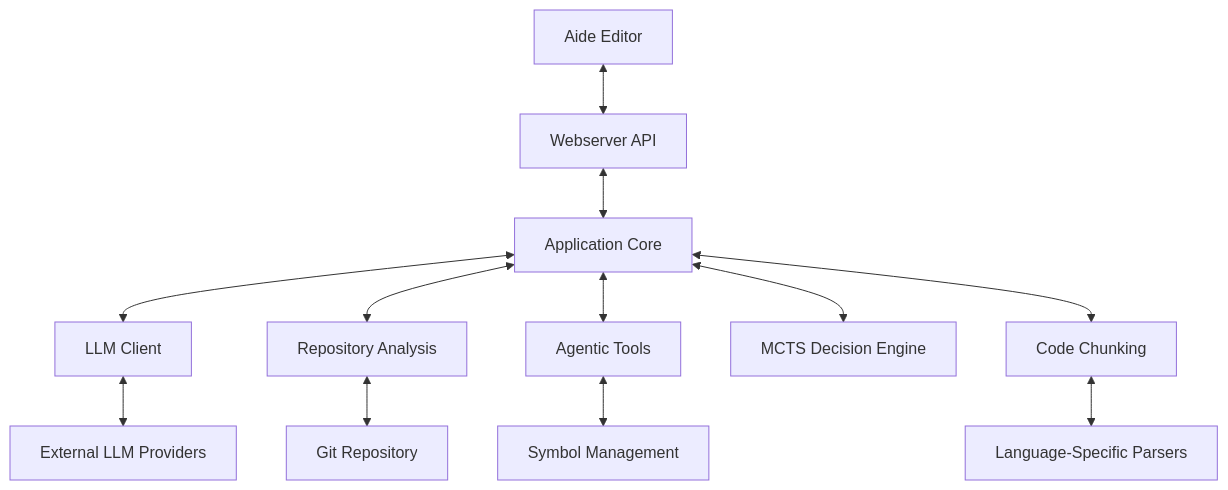
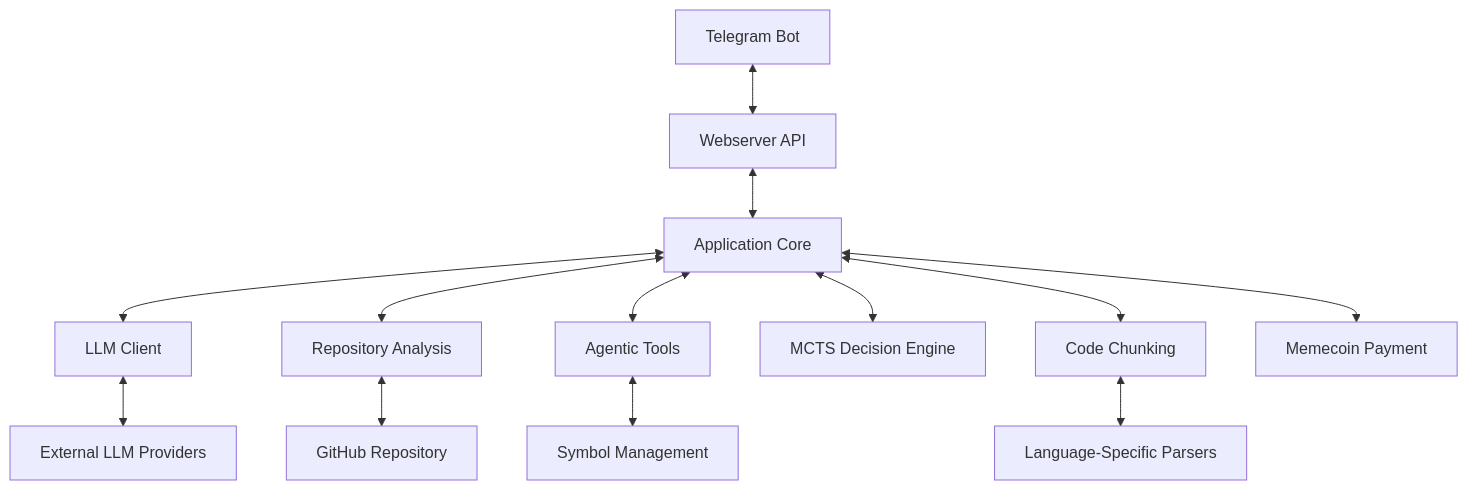
Before and after one commit to openSVM/larp: the first of 5 diagrams in README.md, drawn with Mermaid. The commit also changed other lines of this file, not shown here.

````diff
--- a/README.md
+++ b/README.md
@@ -63,14 +76,15 @@
 ```mermaid
 flowchart TD
-    A[Aide Editor] <--> B[Webserver API]
+    A[Telegram Bot] <--> B[Webserver API]
     B <--> C[Application Core]
     C <--> D[LLM Client]
     C <--> E[Repository Analysis]
     C <--> F[Agentic Tools]
     C <--> G[MCTS Decision Engine]
     C <--> H[Code Chunking]
+    C <--> M[Memecoin Payment]
     D <--> I[External LLM Providers]
-    E <--> J[Git Repository]
+    E <--> J[GitHub Repository]
     F <--> K[Symbol Management]
     H <--> L[Language-Specific Parsers]
 ```
````
